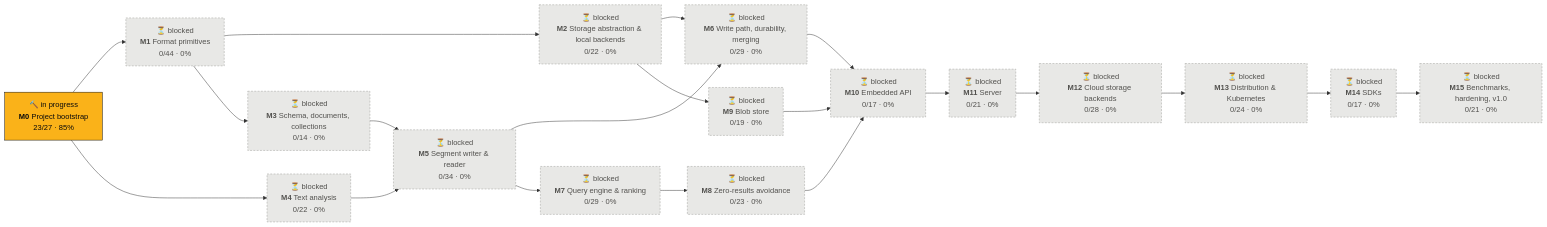
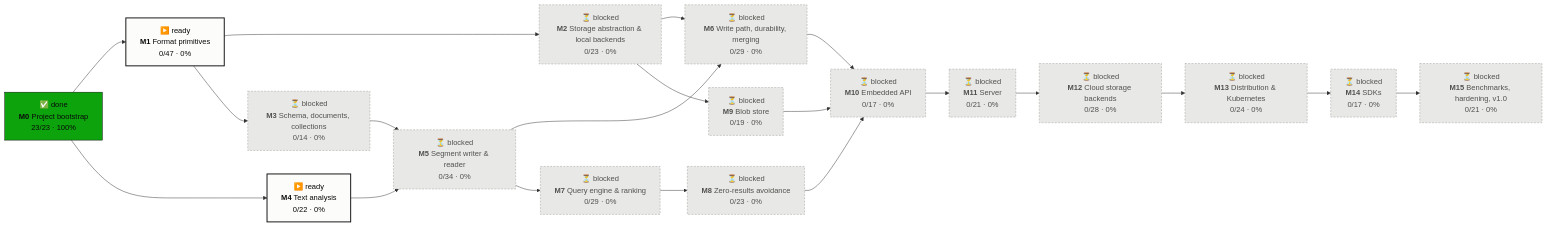
The first of 2 diagrams in PROGRESS.md (tomiok/persiaDB), drawn with Mermaid before and after one commit. The commit also changed other lines of this file and 1 other file, not shown here.

First line of the commit message:
chore(roadmap): move fuzz/bench/coverage CI to M1 and dev emulators to M2

````diff
--- a/PROGRESS.md
+++ b/PROGRESS.md
@@ -14,42 +14,42 @@
 ```mermaid
 flowchart LR
-  M0["🔨 in progress<br/><b>M0</b> Project bootstrap<br/>23/27 · 85%"]:::doing
-  M1["⏳ blocked<br/><b>M1</b> Format primitives<br/>0/44 · 0%"]:::blocked
-  M2["⏳ blocked<br/><b>M2</b> Storage abstraction & local backends<br/>0/22 · 0%"]:::blocked
+  M0["✅ done<br/><b>M0</b> Project bootstrap<br/>23/23 · 100%"]:::done
+  M1["▶️ ready<br/><b>M1</b> Format primitives<br/>0/47 · 0%"]:::ready
+  M2["⏳ blocked<br/><b>M2</b> Storage abstraction & local backends<br/>0/23 · 0%"]:::blocked
   M3["⏳ blocked<br/><b>M3</b> Schema, documents, collections<br/>0/14 · 0%"]:::blocked
-  M4["⏳ blocked<br/><b>M4</b> Text analysis<br/>0/22 · 0%"]:::blocked
+  M4["▶️ ready<br/><b>M4</b> Text analysis<br/>0/22 · 0%"]:::ready
   M5["⏳ blocked<br/><b>M5</b> Segment writer & reader<br/>0/34 · 0%"]:::blocked
   M6["⏳ blocked<br/><b>M6</b> Write path, durability, merging<br/>0/29 · 0%"]:::blocked
   M7["⏳ blocked<br/><b>M7</b> Query engine & ranking<br/>0/29 · 0%"]:::blocked
   M8["⏳ blocked<br/><b>M8</b> Zero-results avoidance<br/>0/23 · 0%"]:::blocked
   M9["⏳ blocked<br/><b>M9</b> Blob store<br/>0/19 · 0%"]:::blocked
   M10["⏳ blocked<br/><b>M10</b> Embedded API<br/>0/17 · 0%"]:::blocked
   M11["⏳ blocked<br/><b>M11</b> Server<br/>0/21 · 0%"]:::blocked
   M12["⏳ blocked<br/><b>M12</b> Cloud storage backends<br/>0/28 · 0%"]:::blocked
   M13["⏳ blocked<br/><b>M13</b> Distribution & Kubernetes<br/>0/24 · 0%"]:::blocked
   M14["⏳ blocked<br/><b>M14</b> SDKs<br/>0/17 · 0%"]:::blocked
   M15["⏳ blocked<br/><b>M15</b> Benchmarks, hardening, v1.0<br/>0/21 · 0%"]:::blocked
   M0 --> M1
   M1 --> M2
   M1 --> M3
   M0 --> M4
   M3 --> M5
   M4 --> M5
   M2 --> M6
   M5 --> M6
   M5 --> M7
   M7 --> M8
   M2 --> M9
   M6 --> M10
   M8 --> M10
   M9 --> M10
   M10 --> M11
   M11 --> M12
   M12 --> M13
   M13 --> M14
   M14 --> M15
   classDef done fill:#0ca30c,stroke:#0b0b0b,color:#0b0b0b
   classDef doing fill:#fab219,stroke:#0b0b0b,color:#0b0b0b
   classDef ready fill:#fcfcfb,stroke:#0b0b0b,stroke-width:2px,color:#0b0b0b
   classDef blocked fill:#e8e8e6,stroke:#9a9a96,stroke-dasharray:4 3,color:#52514e
 ```
````
